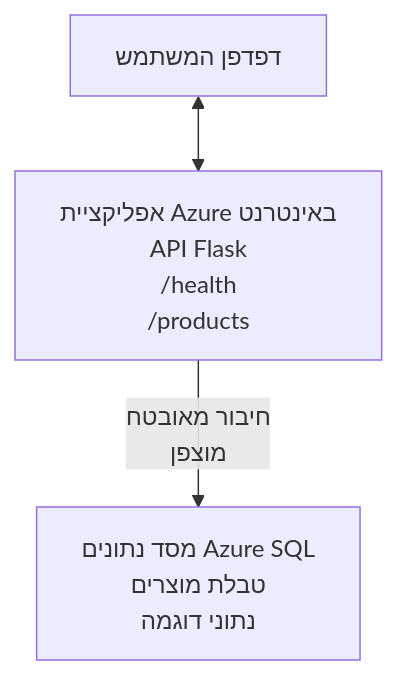
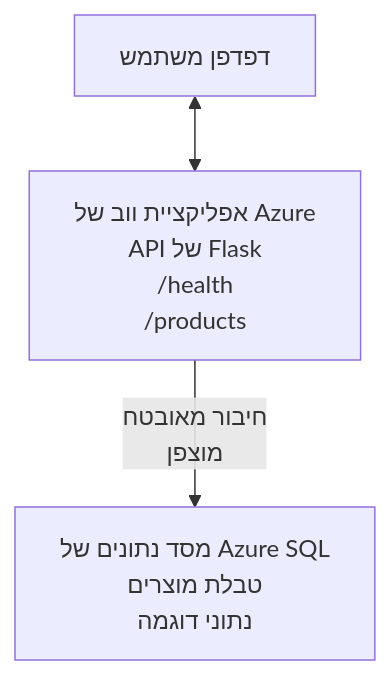
One commit to microsoft/AZD-for-beginners changed the diagram in translations/he/examples/database-app/README.md. Above: the diagram before and after it, drawn with Mermaid. The commit also changed other lines of this file and 104 other files, not shown here.

````diff
--- a/translations/he/examples/database-app/README.md
+++ b/translations/he/examples/database-app/README.md
@@ -72,5 +72,5 @@
 ```mermaid
 graph TD
-    Browser[דפדפן המשתמש] <--> WebApp[אפליקציית Azure באינטרנט<br/>API Flask<br/>/health<br/>/products]
-    WebApp -- חיבור מאובטח<br/>מוצפן --> SQL[מסד נתונים Azure SQL<br/>טבלת מוצרים<br/>נתוני דוגמה]
+    Browser[דפדפן משתמש] <--> WebApp[אפליקציית ווב של Azure<br/>API של Flask<br/>/health<br/>/products]
+    WebApp -- חיבור מאובטח<br/>מוצפן --> SQL[מסד נתונים של Azure SQL<br/>טבלת מוצרים<br/>נתוני דוגמה]
 ```
````
